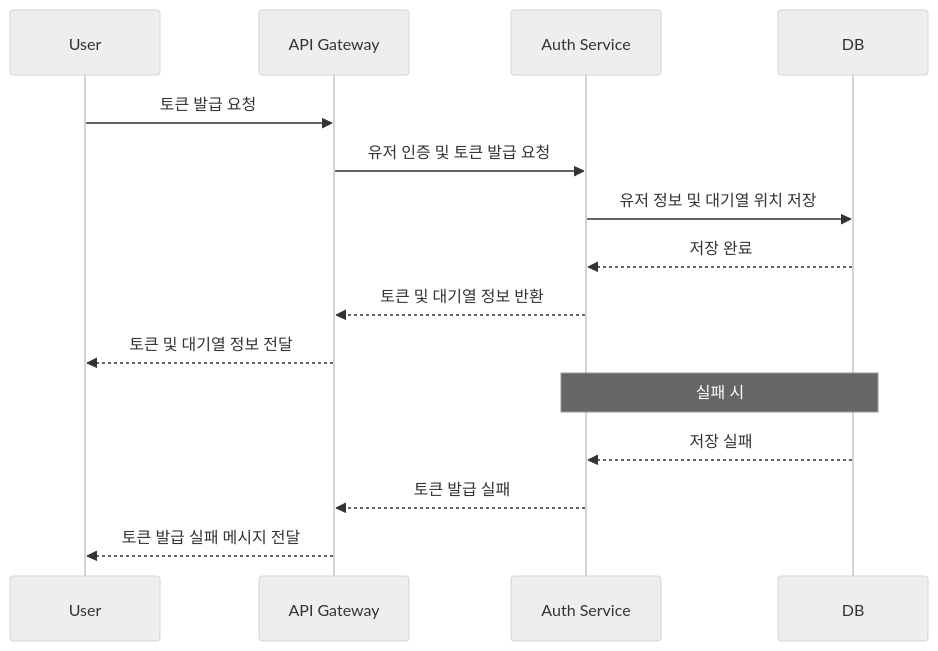
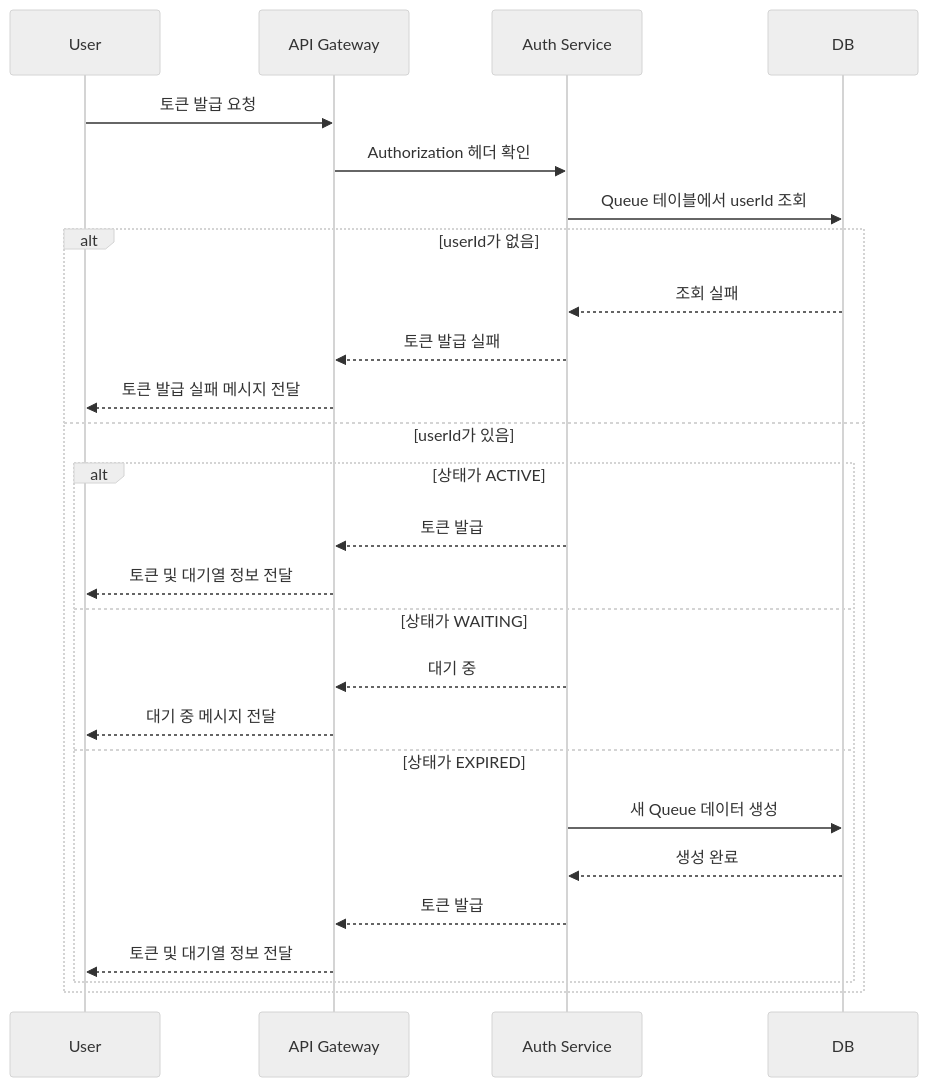
The second of 11 diagrams in README.md (ghwoo93/hhplus-concert-3week), drawn with Mermaid (neutral theme) before and after one commit. The commit also changed other lines of this file, not shown here.

Commit message:
Concert 테이블 추가에 따른 ER, Seqeunce Diagram 수정

````diff
--- a/README.md
+++ b/README.md
@@ -121,20 +246,29 @@
 ```mermaid
 sequenceDiagram
     participant User
     participant API Gateway
     participant Auth Service
     participant DB
 
     User->>API Gateway: 토큰 발급 요청
-    API Gateway->>Auth Service: 유저 인증 및 토큰 발급 요청
-    Auth Service->>DB: 유저 정보 및 대기열 위치 저장
-    DB-->>Auth Service: 저장 완료
-    Auth Service-->>API Gateway: 토큰 및 대기열 정보 반환
-    API Gateway-->>User: 토큰 및 대기열 정보 전달
-
-    Note over Auth Service,DB: 실패 시
-    DB-->>Auth Service: 저장 실패
-    Auth Service-->>API Gateway: 토큰 발급 실패
-    API Gateway-->>User: 토큰 발급 실패 메시지 전달
-
+    API Gateway->>Auth Service: Authorization 헤더 확인
+    Auth Service->>DB: Queue 테이블에서 userId 조회
+    alt userId가 없음
+        DB-->>Auth Service: 조회 실패
+        Auth Service-->>API Gateway: 토큰 발급 실패
+        API Gateway-->>User: 토큰 발급 실패 메시지 전달
+    else userId가 있음
+        alt 상태가 ACTIVE
+            Auth Service-->>API Gateway: 토큰 발급
+            API Gateway-->>User: 토큰 및 대기열 정보 전달
+        else 상태가 WAITING
+            Auth Service-->>API Gateway: 대기 중
+            API Gateway-->>User: 대기 중 메시지 전달
+        else 상태가 EXPIRED
+            Auth Service->>DB: 새 Queue 데이터 생성
+            DB-->>Auth Service: 생성 완료
+            Auth Service-->>API Gateway: 토큰 발급
+            API Gateway-->>User: 토큰 및 대기열 정보 전달
+        end
+    end
 ```
````
